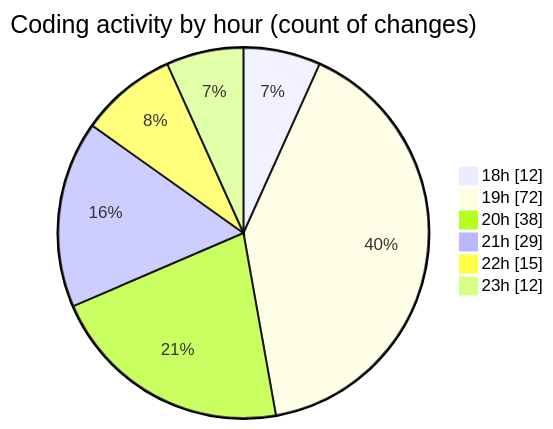
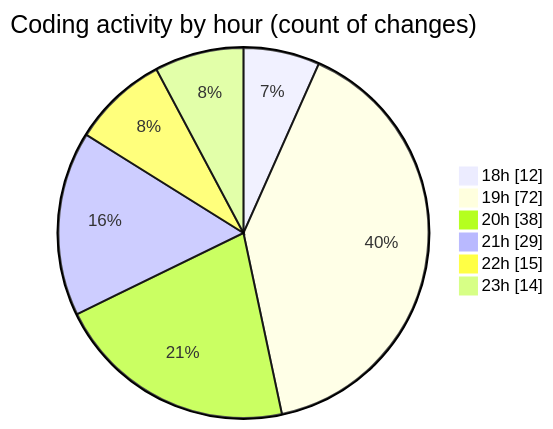
One commit to MatusMokan/code-tracking changed the second of 2 diagrams in 2025-03-14/myws__workspace_/README.md. Above: the diagram before and after it, drawn with Mermaid. The commit also changed other lines of this file and 1 other file, not shown here.

````diff
--- a/2025-03-14/myws__workspace_/README.md
+++ b/2025-03-14/myws__workspace_/README.md
@@ -31,10 +31,10 @@
 ```mermaid
 pie showData
 title Coding activity by hour (count of changes)
 "18h" : 12
 "19h" : 72
 "20h" : 38
 "21h" : 29
 "22h" : 15
-"23h" : 12
+"23h" : 14
 ```
````
